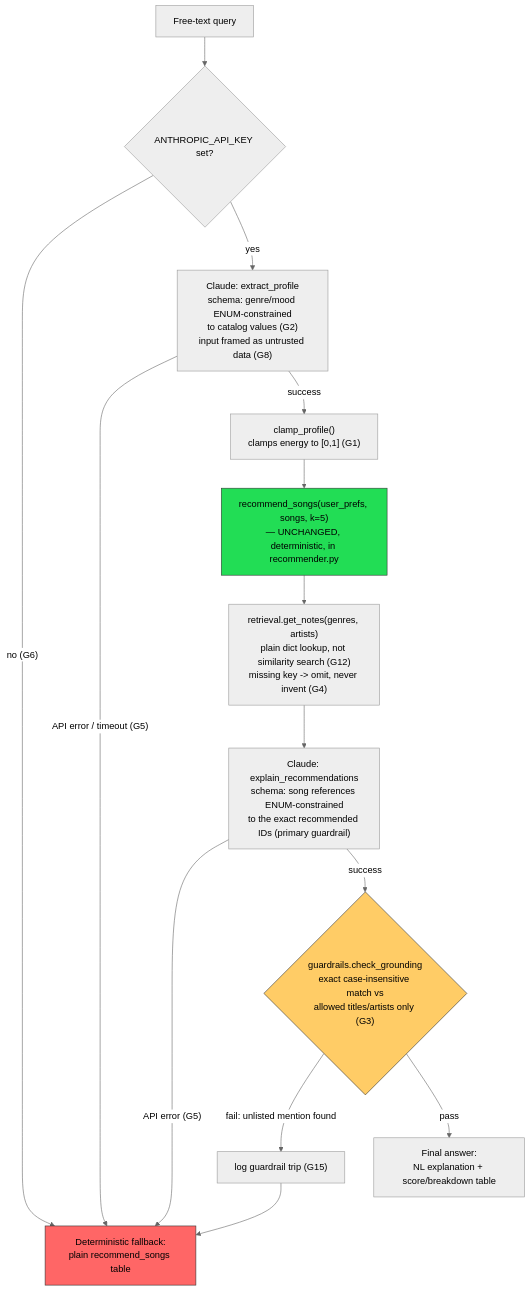
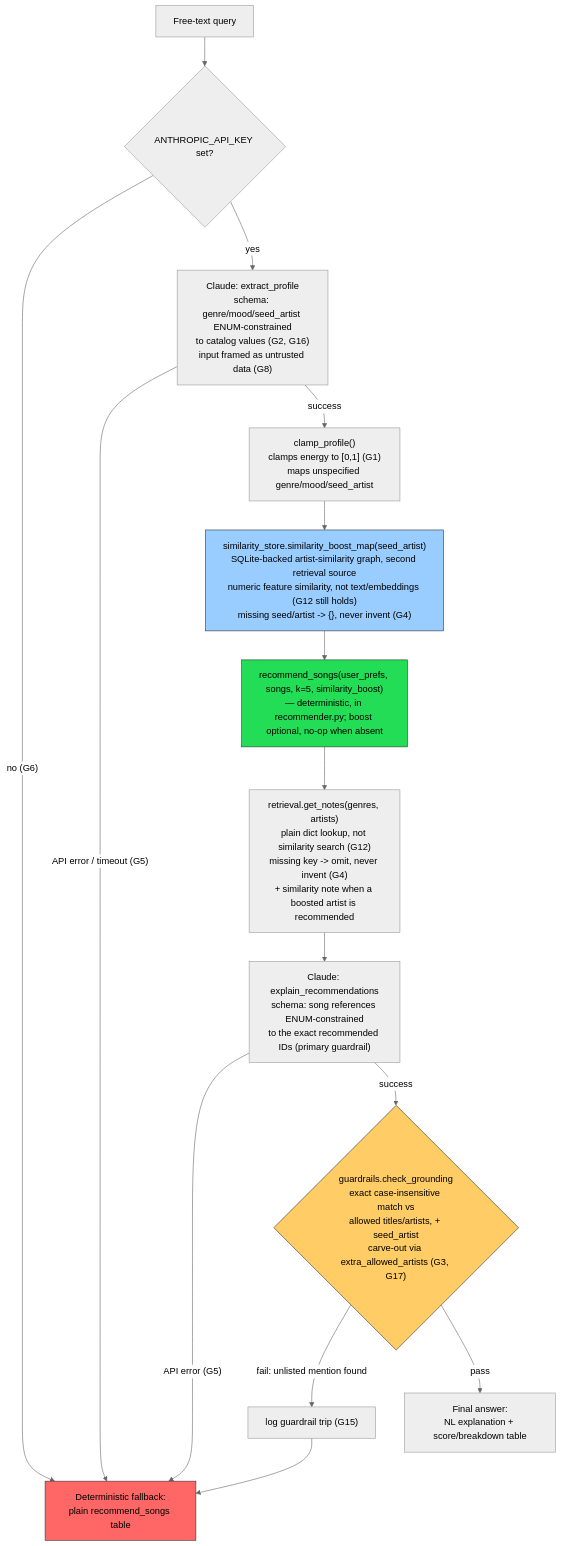
One commit to Abg2091/applied-ai-system-project changed the diagram in diagrams/architecture-runtime.mmd. Above: the diagram before and after it, drawn with Mermaid (neutral theme). The commit also changed 15 other files, not shown here.

```diff
--- a/diagrams/architecture-runtime.mmd
+++ b/diagrams/architecture-runtime.mmd
@@ -1,24 +1,27 @@
 %% Runtime data flow (with guardrails and fallback paths)
 flowchart TD
     U["Free-text query"] --> S0{"ANTHROPIC_API_KEY set?"}
     S0 -- "no (G6)" --> FB["Deterministic fallback:\nplain recommend_songs table"]
-    S0 -- yes --> EX["Claude: extract_profile\nschema: genre/mood ENUM-constrained\nto catalog values (G2)\ninput framed as untrusted data (G8)"]
+    S0 -- yes --> EX["Claude: extract_profile\nschema: genre/mood/seed_artist ENUM-constrained\nto catalog values (G2, G16)\ninput framed as untrusted data (G8)"]
 
     EX -- "API error / timeout (G5)" --> FB
-    EX -- "success" --> CL["clamp_profile()\nclamps energy to [0,1] (G1)"]
+    EX -- "success" --> CL["clamp_profile()\nclamps energy to [0,1] (G1)\nmaps unspecified genre/mood/seed_artist"]
 
-    CL --> REC["recommend_songs(user_prefs, songs, k=5)\n— UNCHANGED, deterministic, in recommender.py"]
+    CL --> SIM["similarity_store.similarity_boost_map(seed_artist)\nSQLite-backed artist-similarity graph, second retrieval source\nnumeric feature similarity, not text/embeddings (G12 still holds)\nmissing seed/artist -> {}, never invent (G4)"]
 
-    REC --> RET["retrieval.get_notes(genres, artists)\nplain dict lookup, not similarity search (G12)\nmissing key -> omit, never invent (G4)"]
+    SIM --> REC["recommend_songs(user_prefs, songs, k=5, similarity_boost)\n— deterministic, in recommender.py; boost optional, no-op when absent"]
+
+    REC --> RET["retrieval.get_notes(genres, artists)\nplain dict lookup, not similarity search (G12)\nmissing key -> omit, never invent (G4)\n+ similarity note when a boosted artist is recommended"]
 
     RET --> EXP["Claude: explain_recommendations\nschema: song references ENUM-constrained\nto the exact recommended IDs (primary guardrail)"]
 
     EXP -- "API error (G5)" --> FB
-    EXP -- "success" --> GR{"guardrails.check_grounding\nexact case-insensitive match vs\nallowed titles/artists only (G3)"}
+    EXP -- "success" --> GR{"guardrails.check_grounding\nexact case-insensitive match vs\nallowed titles/artists, + seed_artist\ncarve-out via extra_allowed_artists (G3, G17)"}
 
     GR -- "fail: unlisted mention found" --> LOG["log guardrail trip (G15)"] --> FB
     GR -- "pass" --> OUT["Final answer:\nNL explanation + score/breakdown table"]
 
     style REC fill:#2d5,stroke:#333,color:#000
     style FB fill:#f66,stroke:#333,color:#000
     style GR fill:#fc6,stroke:#333,color:#000
+    style SIM fill:#9cf,stroke:#333,color:#000
```
